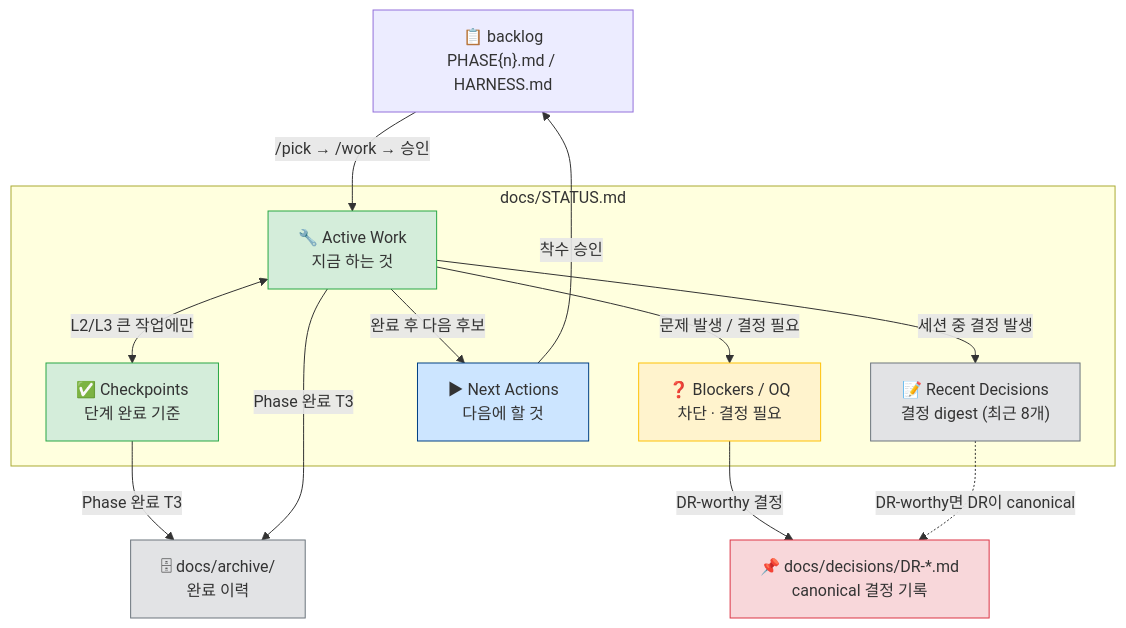
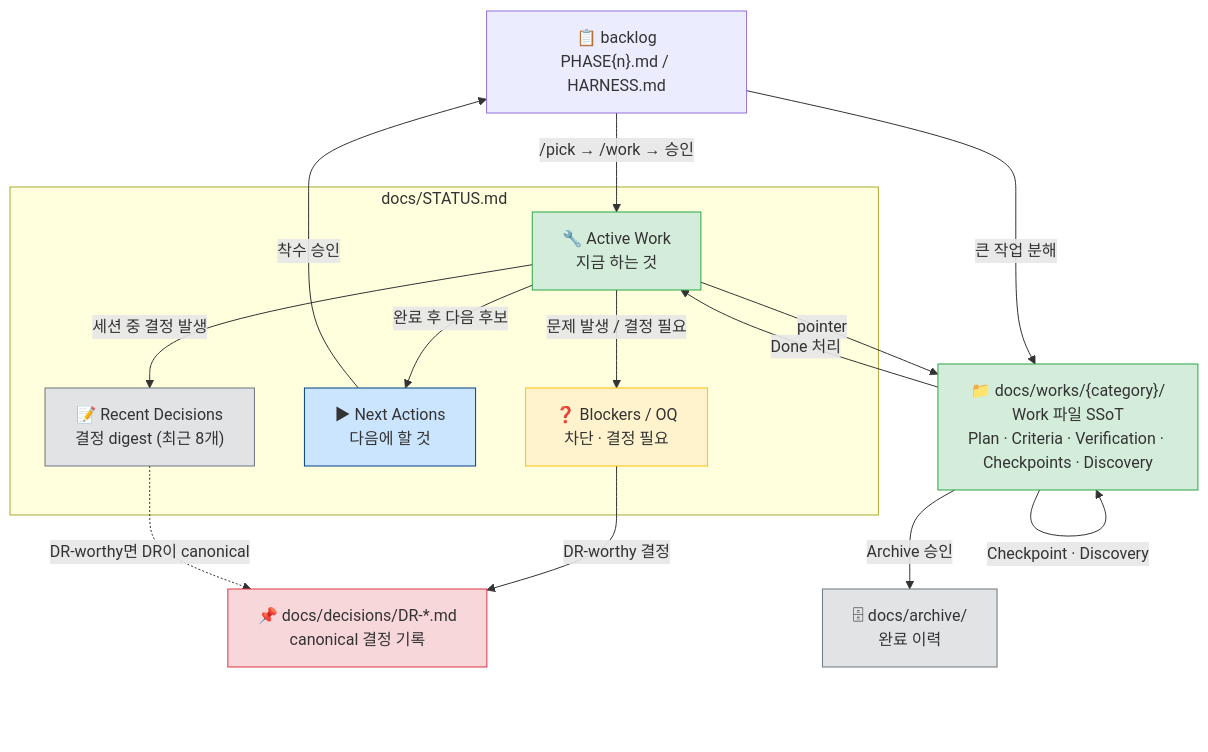
The fifth of 13 diagrams in docs/WORKFLOW-MANUAL.md (kyungseo/ai-workflow-harness), drawn with Mermaid before and after one commit. The commit also changed other lines of this file and 46 other files, not shown here.

````diff
--- a/docs/WORKFLOW-MANUAL.md
+++ b/docs/WORKFLOW-MANUAL.md
@@ -288,34 +287,36 @@
 ```mermaid
 graph TD
     BL["📋 backlog\nPHASE{n}.md / HARNESS.md"]
+    WF["📁 docs/works/{category}/\nWork 파일 SSoT\nPlan · Criteria · Verification · Checkpoints · Discovery"]
 
     subgraph STATUS ["docs/STATUS.md"]
         AW["🔧 Active Work\n지금 하는 것"]
-        CP["✅ Checkpoints\n단계 완료 기준"]
         OQ["❓ Blockers / OQ\n차단 · 결정 필요"]
         NA["▶ Next Actions\n다음에 할 것"]
         RD["📝 Recent Decisions\n결정 digest (최근 8개)"]
     end
 
     DR["📌 docs/decisions/DR-*.md\ncanonical 결정 기록"]
     ARC["🗄 docs/archive/\n완료 이력"]
 
     BL -->|"/pick → /work → 승인"| AW
-    AW <-->|"L2/L3 큰 작업에만"| CP
+    BL -->|"큰 작업 분해"| WF
+    AW -->|"pointer"| WF
+    WF -->|"Checkpoint · Discovery"| WF
+    WF -->|"Done 처리"| AW
     AW -->|"문제 발생 / 결정 필요"| OQ
     OQ -->|"DR-worthy 결정"| DR
     AW -->|"완료 후 다음 후보"| NA
     NA -->|"착수 승인"| BL
     AW -->|"세션 중 결정 발생"| RD
     RD -.->|"DR-worthy면 DR이 canonical"| DR
-    CP -->|"Phase 완료 T3"| ARC
-    AW -->|"Phase 완료 T3"| ARC
+    WF -->|"Archive 승인"| ARC
 
     style AW fill:#d4edda,stroke:#28a745
-    style CP fill:#d4edda,stroke:#28a745
+    style WF fill:#d4edda,stroke:#28a745
     style OQ fill:#fff3cd,stroke:#ffc107
     style NA fill:#cce5ff,stroke:#004085
     style RD fill:#e2e3e5,stroke:#6c757d
     style DR fill:#f8d7da,stroke:#dc3545
     style ARC fill:#e2e3e5,stroke:#6c757d
 ```
````
